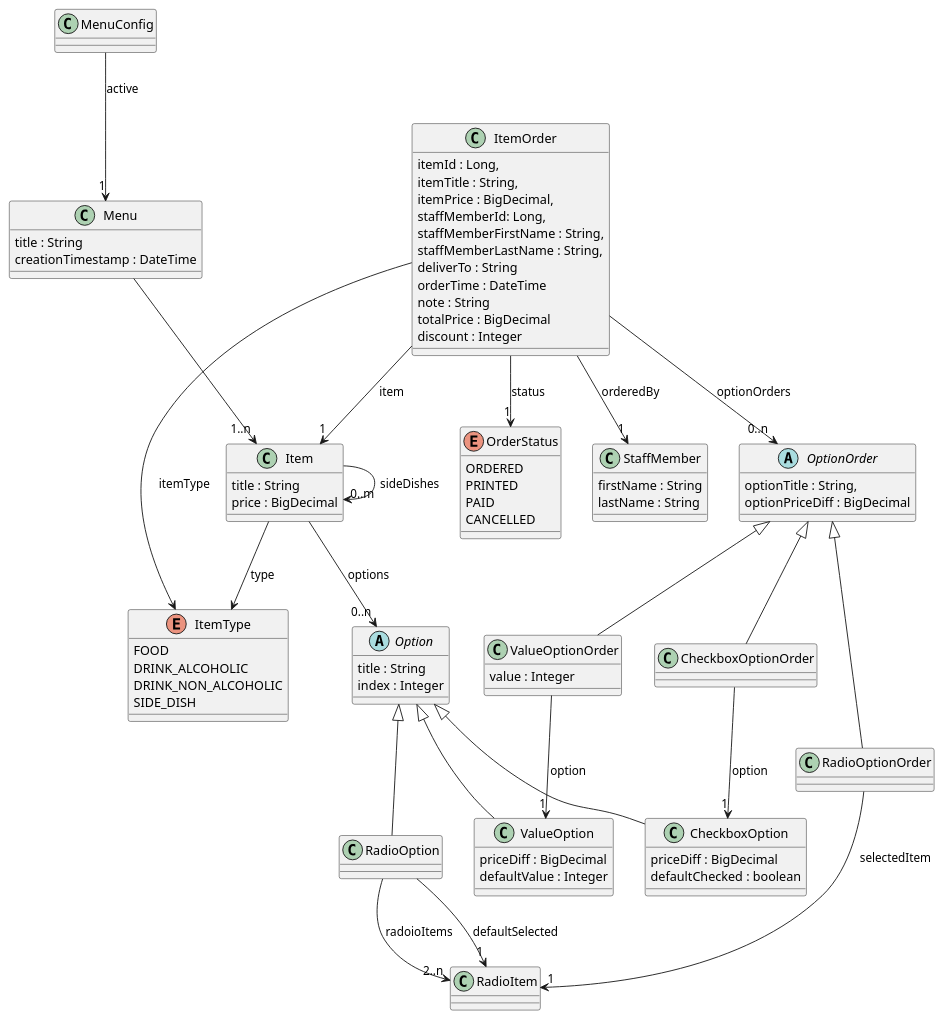
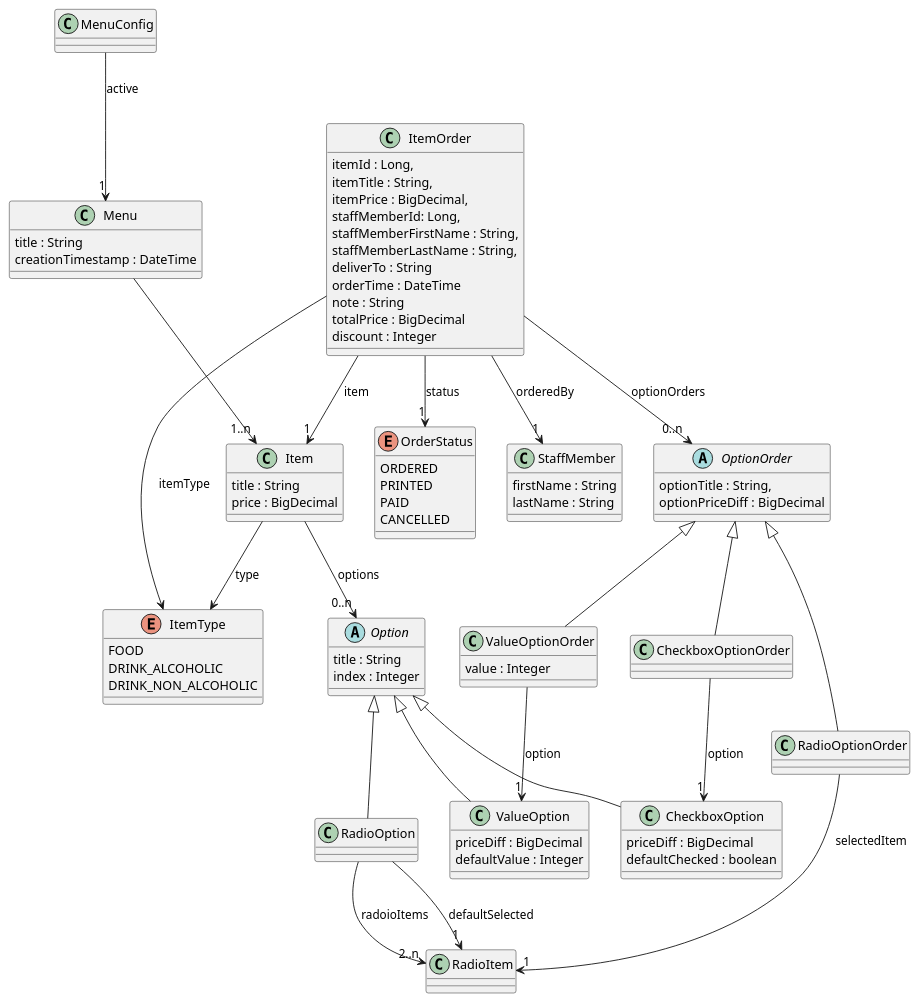
The diagram in bonappetit-documentation/src/docs/asciidoc/development/domain_model.adoc (clboettcher/bonappetit), drawn with PlantUML before and after one commit. The commit also changed 8 other files, not shown here.

Commit message:
Resolved #34 Removed side dish and all related stuff

```diff
--- a/bonappetit-documentation/src/docs/asciidoc/development/domain_model.adoc
+++ b/bonappetit-documentation/src/docs/asciidoc/development/domain_model.adoc
@@ -22,7 +22,6 @@
     FOOD
     DRINK_ALCOHOLIC
     DRINK_NON_ALCOHOLIC
-    SIDE_DISH
 }
 
 '''''''''''''''''''''''''''''''''''''''''''''''''''''''''''''''''''''''''''''''''''''''''''''''''''''''''''''''''''''''
@@ -89,7 +88,6 @@
 '''''''''''''''''''''''''''''''''''''''''''''''''''''''''''''''''''''''''''''''''''''''''''''''''''''''''''''''''''''''
 MenuConfig --> "1" Menu : active
 Menu --> "1..n" Item
-Item --> "0..m" Item : sideDishes
 Item --> ItemType : type
 Item --> "0..n" Option : options
 
```
